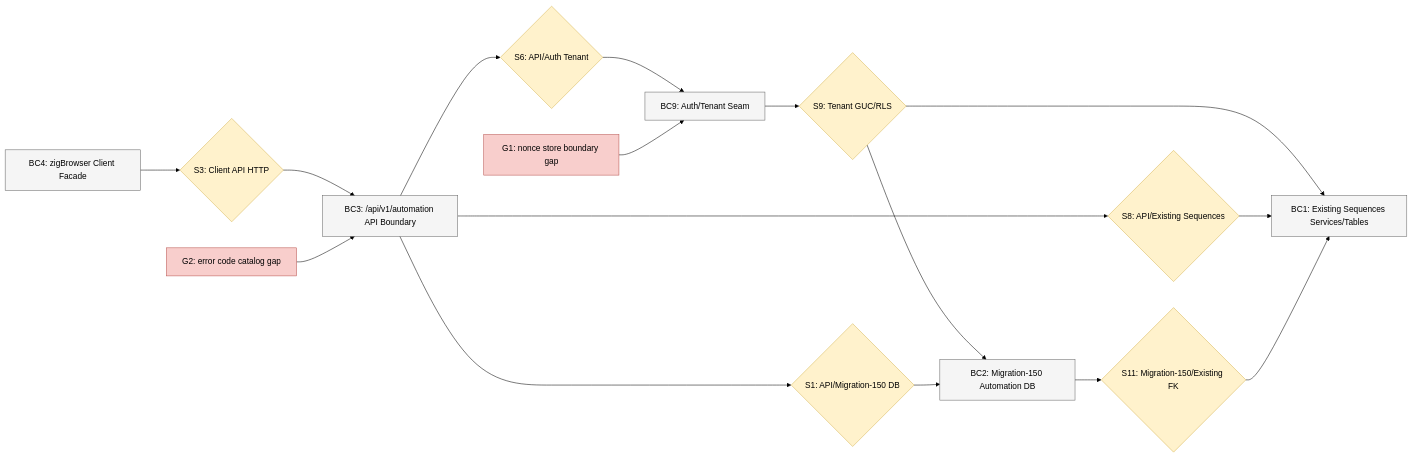
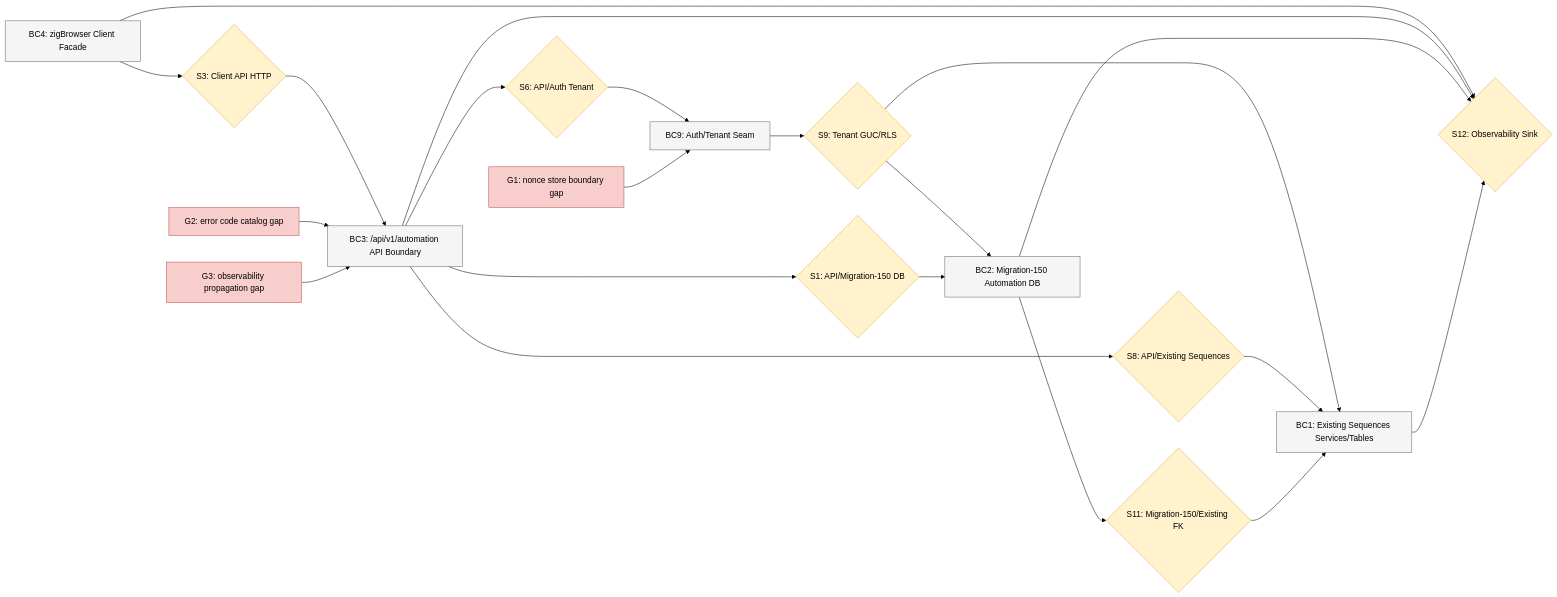
Before and after one commit to tha-hammer/zigBrowser: the sixth of 6 diagrams in thoughts/searchable/shared/plans/2026-07-10-zb-sequences-v1-bridge-spec.md, drawn with Mermaid (forest theme). The commit also changed other lines of this file, not shown here.

Commit message:
Add observability to bridge spec

````diff
--- a/thoughts/searchable/shared/plans/2026-07-10-zb-sequences-v1-bridge-spec.md
+++ b/thoughts/searchable/shared/plans/2026-07-10-zb-sequences-v1-bridge-spec.md
@@ -2111,37 +2318,44 @@
 ```mermaid
 graph LR
     classDef ctx fill:#f5f5f5,stroke:#666
     classDef seam fill:#fff2cc,stroke:#d6b656
     classDef gap fill:#f8cecc,stroke:#b85450
 
     BC4["BC4: zigBrowser Client Facade"]:::ctx
     BC3["BC3: /api/v1/automation API Boundary"]:::ctx
     BC9["BC9: Auth/Tenant Seam"]:::ctx
     BC2["BC2: Migration-150 Automation DB"]:::ctx
     BC1["BC1: Existing Sequences Services/Tables"]:::ctx
 
     S3{"S3: Client API HTTP"}:::seam
     S6{"S6: API/Auth Tenant"}:::seam
     S1{"S1: API/Migration-150 DB"}:::seam
     S8{"S8: API/Existing Sequences"}:::seam
     S9{"S9: Tenant GUC/RLS"}:::seam
     S11{"S11: Migration-150/Existing FK"}:::seam
+    S12{"S12: Observability Sink"}:::seam
     G1["G1: nonce store boundary gap"]:::gap
     G2["G2: error code catalog gap"]:::gap
+    G3["G3: observability propagation gap"]:::gap
 
     BC4 --> S3
     S3 --> BC3
     BC3 --> S6
     S6 --> BC9
     BC9 --> S9
     S9 --> BC2
     S9 --> BC1
     BC3 --> S1
     S1 --> BC2
     BC3 --> S8
     S8 --> BC1
     BC2 --> S11
     S11 --> BC1
+    BC4 --> S12
+    BC3 --> S12
+    BC2 --> S12
+    BC1 --> S12
     G1 --> BC9
     G2 --> BC3
+    G3 --> BC3
 ```
````
